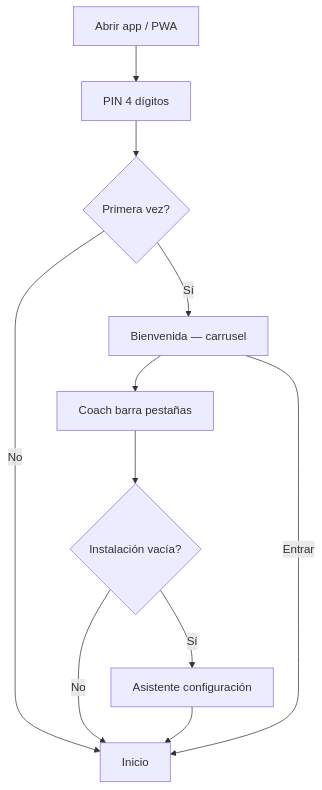
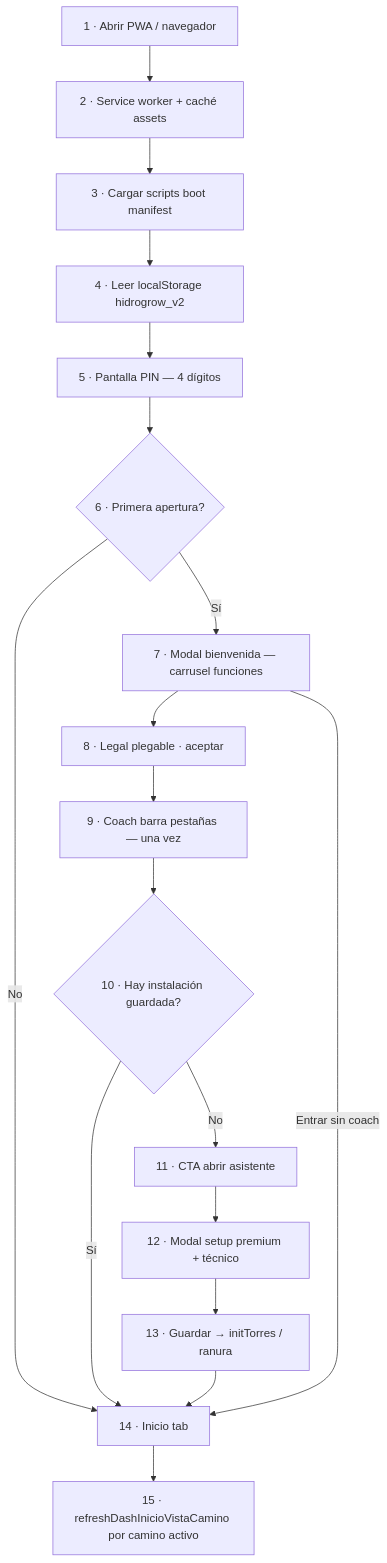
The first of 11 diagrams in docs/diagrama-flujo-hidrogrow.md (Debrin77/HidroGrow-web), drawn with Mermaid before and after one commit. The commit also changed other lines of this file, not shown here.

First line of the commit message:
docs: diagrama de flujo completo con todos los pasos por camino

````diff
--- a/docs/diagrama-flujo-hidrogrow.md
+++ b/docs/diagrama-flujo-hidrogrow.md
@@ -17,13 +30,20 @@
 ```mermaid
 flowchart TD
-  A[Abrir app / PWA] --> PIN[PIN 4 dígitos]
-  PIN --> B{Primera vez?}
-  B -->|Sí| C[Bienvenida — carrusel]
-  B -->|No| H[Inicio]
-  C --> D[Coach barra pestañas]
-  D --> E{Instalación vacía?}
-  E -->|Sí| F[Asistente configuración]
-  E -->|No| H
-  F --> H
-  C -->|Entrar| H
+  A1[1 · Abrir PWA / navegador] --> A2[2 · Service worker + caché assets]
+  A2 --> A3[3 · Cargar scripts boot manifest]
+  A3 --> A4[4 · Leer localStorage hidrogrow_v2]
+  A4 --> A5[5 · Pantalla PIN — 4 dígitos]
+  A5 --> A6{6 · Primera apertura?}
+  A6 -->|Sí| A7[7 · Modal bienvenida — carrusel funciones]
+  A6 -->|No| A14[14 · Inicio tab]
+  A7 --> A8[8 · Legal plegable · aceptar]
+  A8 --> A9[9 · Coach barra pestañas — una vez]
+  A9 --> A10{10 · Hay instalación guardada?}
+  A10 -->|No| A11[11 · CTA abrir asistente]
+  A10 -->|Sí| A14
+  A11 --> A12[12 · Modal setup premium + técnico]
+  A12 --> A13[13 · Guardar → initTorres / ranura]
+  A13 --> A14
+  A7 -->|Entrar sin coach| A14
+  A14 --> A15[15 · refreshDashInicioVistaCamino por camino activo]
 ```
````
